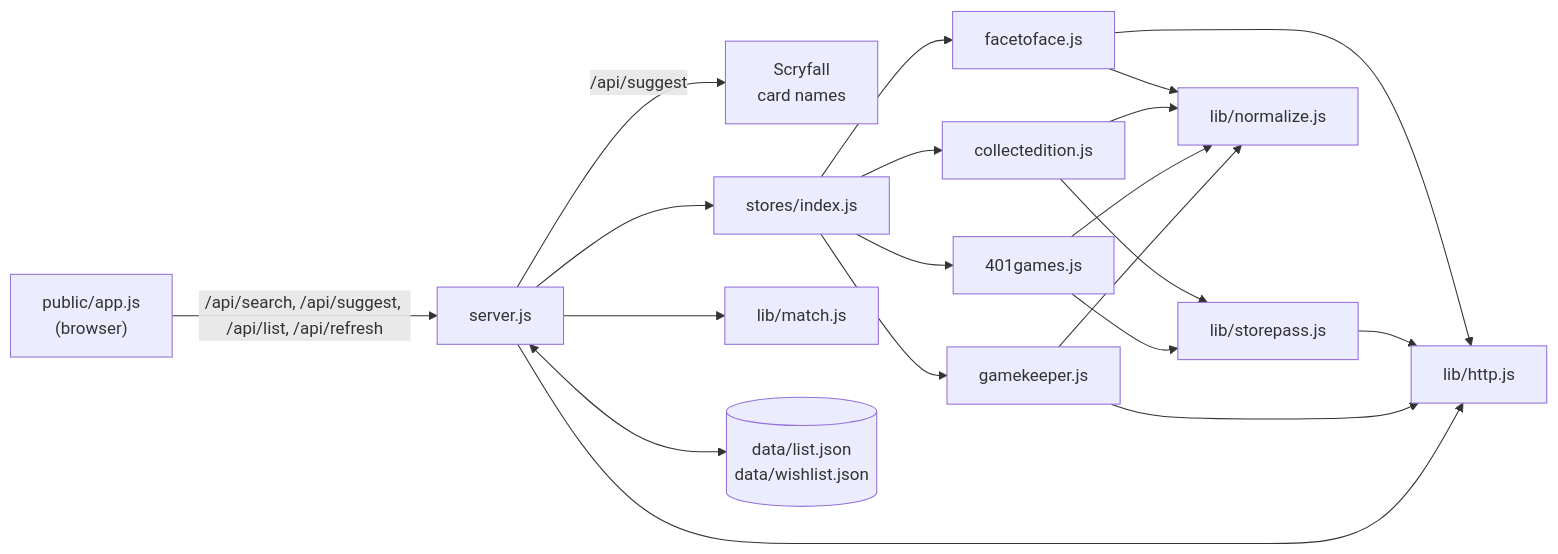
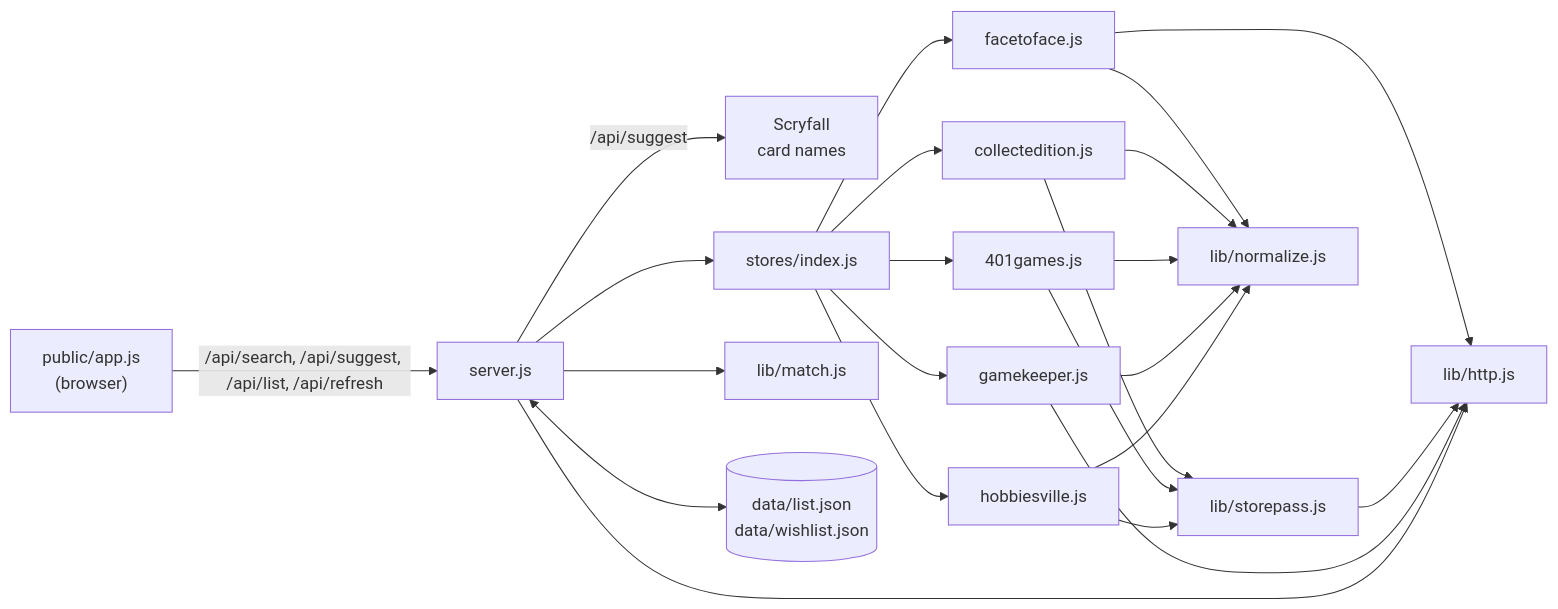
One commit to bordy82/mtg-price-checker changed the diagram in docs/ARCHITECTURE.md. Above: the diagram before and after it, drawn with Mermaid. The commit also changed other lines of this file and 7 other files, not shown here.

````diff
--- a/docs/ARCHITECTURE.md
+++ b/docs/ARCHITECTURE.md
@@ -7,15 +7,16 @@
 ```mermaid
 flowchart LR
   UI["public/app.js<br/>(browser)"] -- "/api/search, /api/suggest, /api/list, /api/refresh" --> S["server.js"]
   S -- "/api/suggest" --> SF["Scryfall<br/>card names"]
   S --> R["stores/index.js"]
   R --> F["facetoface.js"]
   R --> C["collectedition.js"]
   R --> Q["401games.js"]
   R --> G["gamekeeper.js"]
-  C & Q --> SP["lib/storepass.js"]
-  F & C & Q & G --> N["lib/normalize.js"]
+  R --> V["hobbiesville.js"]
+  C & Q & V --> SP["lib/storepass.js"]
+  F & C & Q & G & V --> N["lib/normalize.js"]
   F & SP & G & S --> H["lib/http.js"]
   S --> M["lib/match.js"]
   S <--> D[("data/list.json<br/>data/wishlist.json")]
 ```
````
